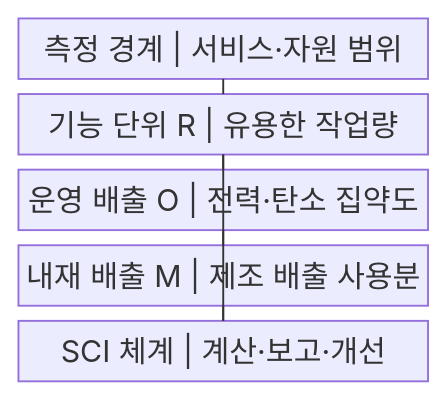
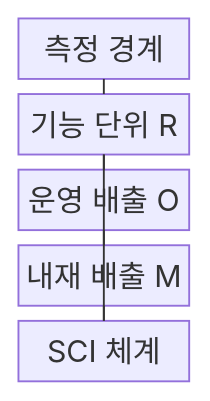
One commit to agnusdei1207/knowledge-base changed the first of 2 diagrams in src/content/docs/notes/03-software/195_green_software_sci.md. Above: the diagram before and after it, drawn with Mermaid. The commit also changed other lines of this file and 238 other files, not shown here.

````diff
--- a/src/content/docs/notes/03-software/195_green_software_sci.md
+++ b/src/content/docs/notes/03-software/195_green_software_sci.md
@@ -56,14 +56,14 @@
 ```mermaid
-block
+block-beta
     columns 1
-    A["측정 경계 | 서비스·자원 범위"]
-    B["기능 단위 R | 유용한 작업량"]
-    C["운영 배출 O | 전력·탄소 집약도"]
-    D["내재 배출 M | 제조 배출 사용분"]
-    E["SCI 체계 | 계산·보고·개선"]
+    A["측정 경계"]
+    B["기능 단위 R"]
+    C["운영 배출 O"]
+    D["내재 배출 M"]
+    E["SCI 체계"]
     A --- B
     B --- C
     B --- D
     C --- E
     D --- E
 ```
````
